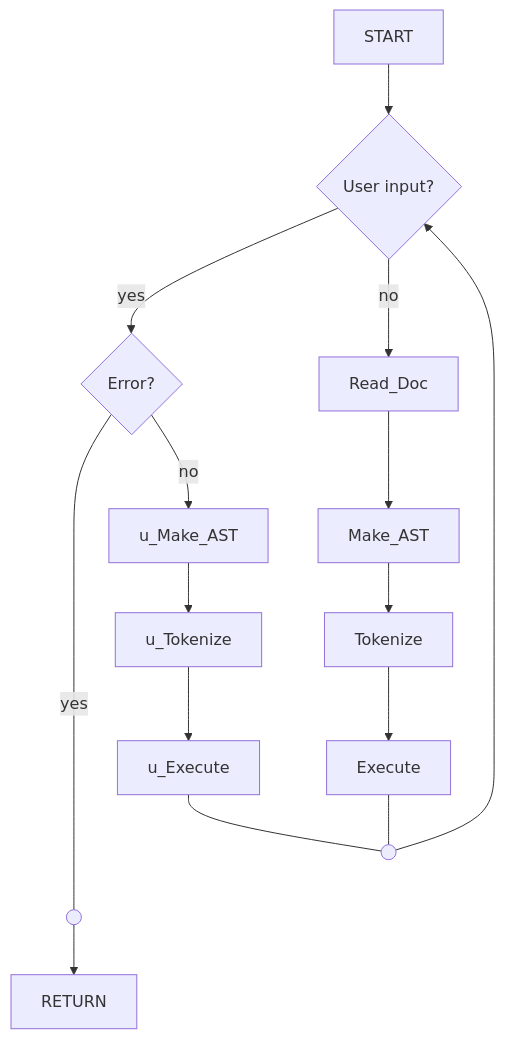
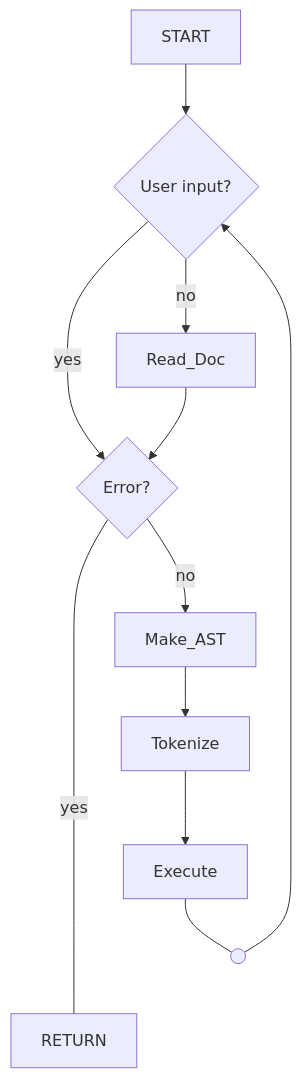
The second of 6 diagrams in notes/feat_/feat_ Criar v0.1 do projeto.md (naviopirata/42-minishell), drawn with Mermaid before and after one commit. The commit also changed other lines of this file and 1 other file, not shown here.

````diff
--- a/notes/feat_/feat_ Criar v0.1 do projeto.md
+++ b/notes/feat_/feat_ Criar v0.1 do projeto.md
@@ -34,32 +34,26 @@
 ```mermaid
 	flowchart TD
 	readuser{User input?}
-	err_1{Error?}
-	c1(( ))
+	err{Error?}
 	c2(( ))
 	
 	
 	START -->
-	readuser -- yes --> err_1
+	readuser -- yes --> err
 	readuser -- no --> Read_Doc
 	
 	Read_Doc -->
+	err
+
+	err -- yes ------- RETURN
+	err -- no --> 
 	Make_AST -->
 	Tokenize -->
 	Execute ---
 	c2
-
-	err_1 -- yes ------- c1
-	err_1 -- no --> 
-	u_Make_AST -->
-	u_Tokenize -->
-	u_Execute ---
-	c2
-
 	
 	c2 -->
 	readuser
 	
-	c1 -->
 	RETURN
 ```
````
